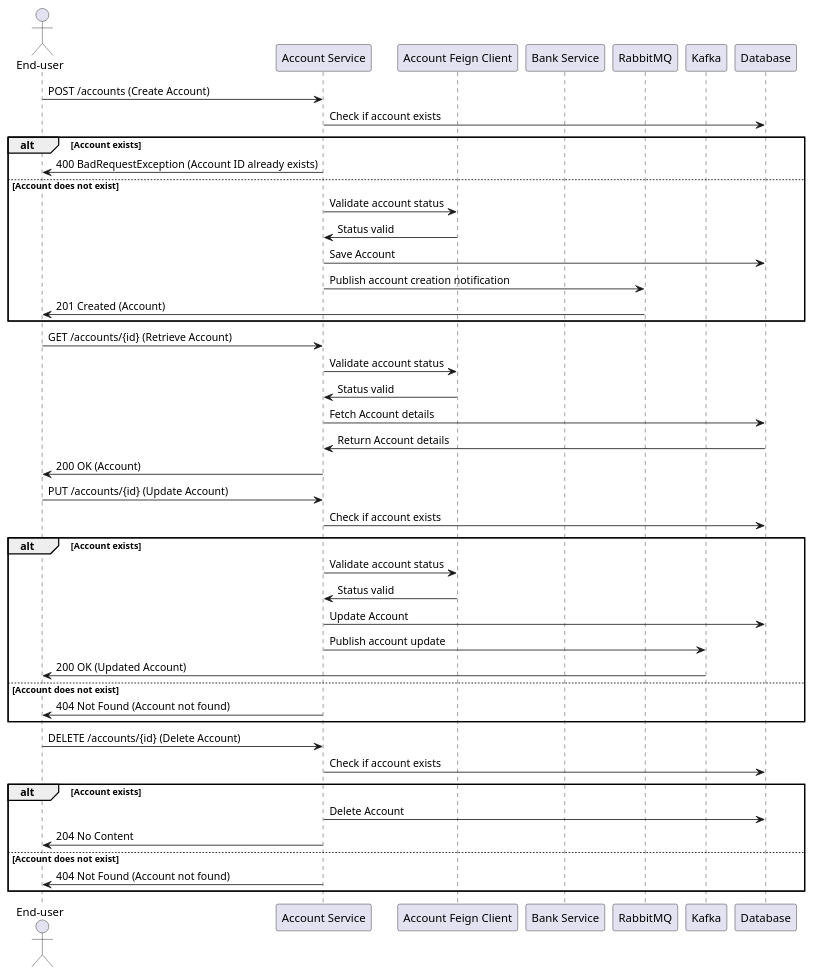
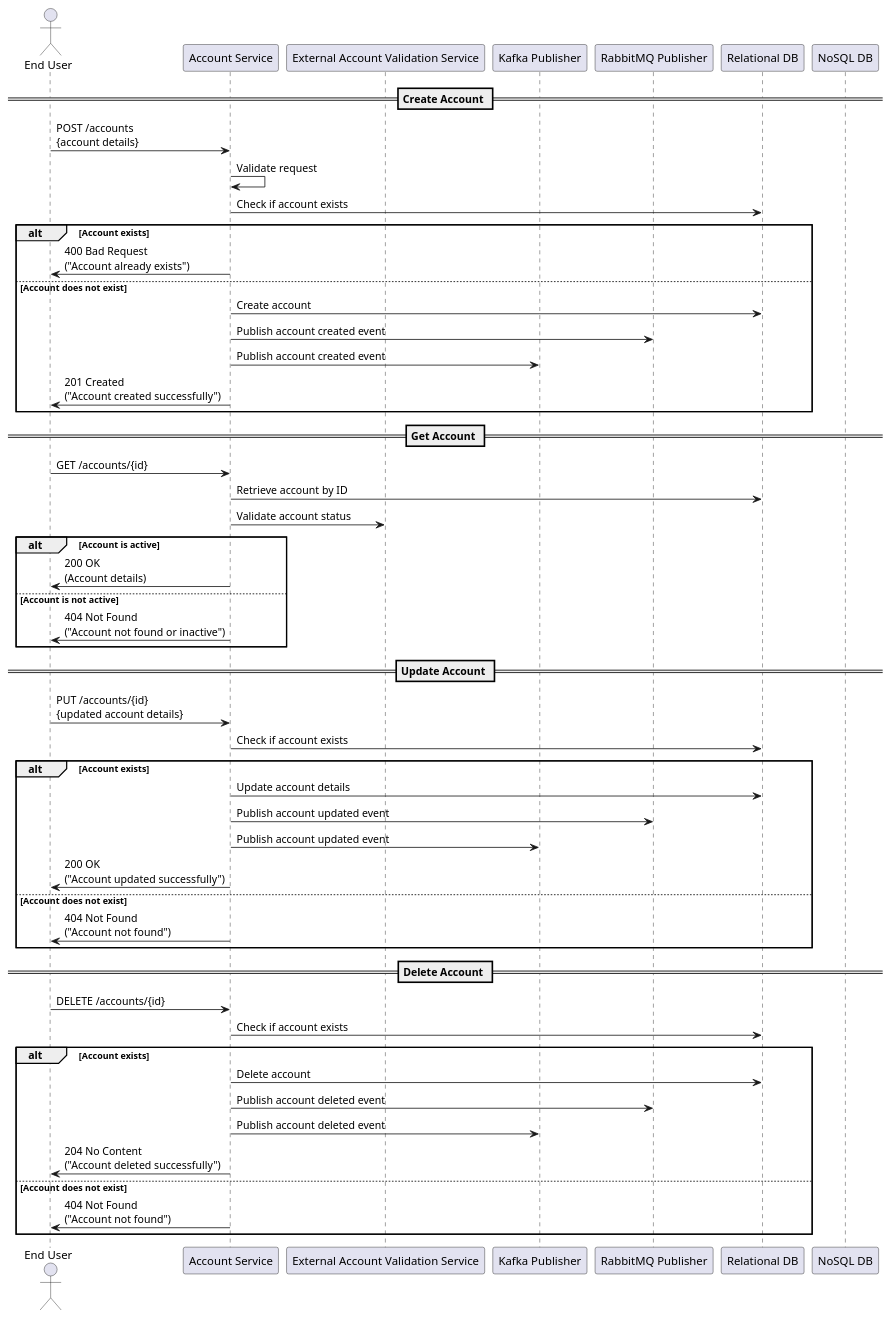
The diagram in design_document/AccountService.md (Bhaskar-Pavan/AccountService), drawn with PlantUML before and after one commit. The commit also changed other lines of this file, not shown here.

````diff
--- a/design_document/AccountService.md
+++ b/design_document/AccountService.md
@@ -37,52 +34,59 @@
 ```plantuml
 @startuml
-actor "End-user" as User
+actor "End User" as User
 participant "Account Service" as AccountService
-participant "Account Feign Client" as FeignClient
-participant "Bank Service" as BankService
-participant "RabbitMQ" as RabbitMQ
-participant "Kafka" as Kafka
-participant "Database" as Database
+participant "External Account Validation Service" as ValidationService
+participant "Kafka Publisher" as Kafka
+participant "RabbitMQ Publisher" as RabbitMQ
+participant "Relational DB" as RelationalDB
+participant "NoSQL DB" as NoSQLDB
 
-User -> AccountService : POST /accounts (Create Account)
-AccountService -> Database : Check if account exists
+== Create Account ==
+User -> AccountService : POST /accounts\n{account details}
+AccountService -> AccountService : Validate request
+AccountService -> RelationalDB : Check if account exists
 alt Account exists
-    AccountService -> User : 400 BadRequestException (Account ID already exists)
+    AccountService -> User : 400 Bad Request\n("Account already exists")
 else Account does not exist
-    AccountService -> FeignClient : Validate account status
-    FeignClient -> AccountService : Status valid
-    AccountService -> Database : Save Account
-    AccountService -> RabbitMQ : Publish account creation notification
-    RabbitMQ -> User : 201 Created (Account)
+    AccountService -> RelationalDB : Create account
+    AccountService -> RabbitMQ : Publish account created event
+    AccountService -> Kafka : Publish account created event
+    AccountService -> User : 201 Created\n("Account created successfully")
 end
 
-User -> AccountService : GET /accounts/{id} (Retrieve Account)
-AccountService -> FeignClient : Validate account status
-FeignClient -> AccountService : Status valid
-AccountService -> Database : Fetch Account details
-Database -> AccountService : Return Account details
-AccountService -> User : 200 OK (Account)
-
-User -> AccountService : PUT /accounts/{id} (Update Account)
-AccountService -> Database : Check if account exists
-alt Account exists
-    AccountService -> FeignClient : Validate account status
-    FeignClient -> AccountService : Status valid
-    AccountService -> Database : Update Account
-    AccountService -> Kafka : Publish account update
-    Kafka -> User : 200 OK (Updated Account)
-else Account does not exist
-    AccountService -> User : 404 Not Found (Account not found)
+== Get Account ==
+User -> AccountService : GET /accounts/{id}
+AccountService -> RelationalDB : Retrieve account by ID
+AccountService -> ValidationService : Validate account status
+alt Account is active
+    AccountService -> User : 200 OK\n(Account details)
+else Account is not active
+    AccountService -> User : 404 Not Found\n("Account not found or inactive")
 end
 
-User -> AccountService : DELETE /accounts/{id} (Delete Account)
-AccountService -> Database : Check if account exists
+== Update Account ==
+User -> AccountService : PUT /accounts/{id}\n{updated account details}
+AccountService -> RelationalDB : Check if account exists
 alt Account exists
-    AccountService -> Database : Delete Account
-    AccountService -> User : 204 No Content
+    AccountService -> RelationalDB : Update account details
+    AccountService -> RabbitMQ : Publish account updated event
+    AccountService -> Kafka : Publish account updated event
+    AccountService -> User : 200 OK\n("Account updated successfully")
 else Account does not exist
-    AccountService -> User : 404 Not Found (Account not found)
+    AccountService -> User : 404 Not Found\n("Account not found")
+end
+
+== Delete Account ==
+User -> AccountService : DELETE /accounts/{id}
+AccountService -> RelationalDB : Check if account exists
+alt Account exists
+    AccountService -> RelationalDB : Delete account
+    AccountService -> RabbitMQ : Publish account deleted event
+    AccountService -> Kafka : Publish account deleted event
+    AccountService -> User : 204 No Content\n("Account deleted successfully")
+else Account does not exist
+    AccountService -> User : 404 Not Found\n("Account not found")
 end
 
 @enduml
 ```
````
